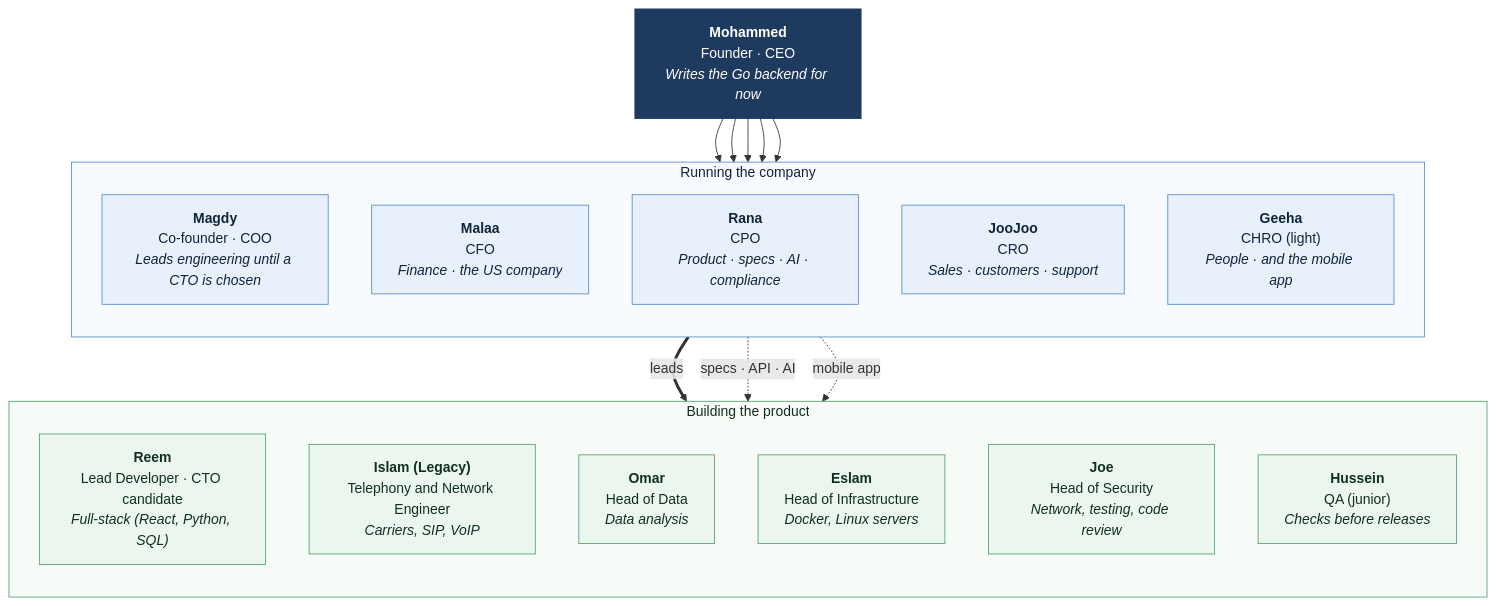
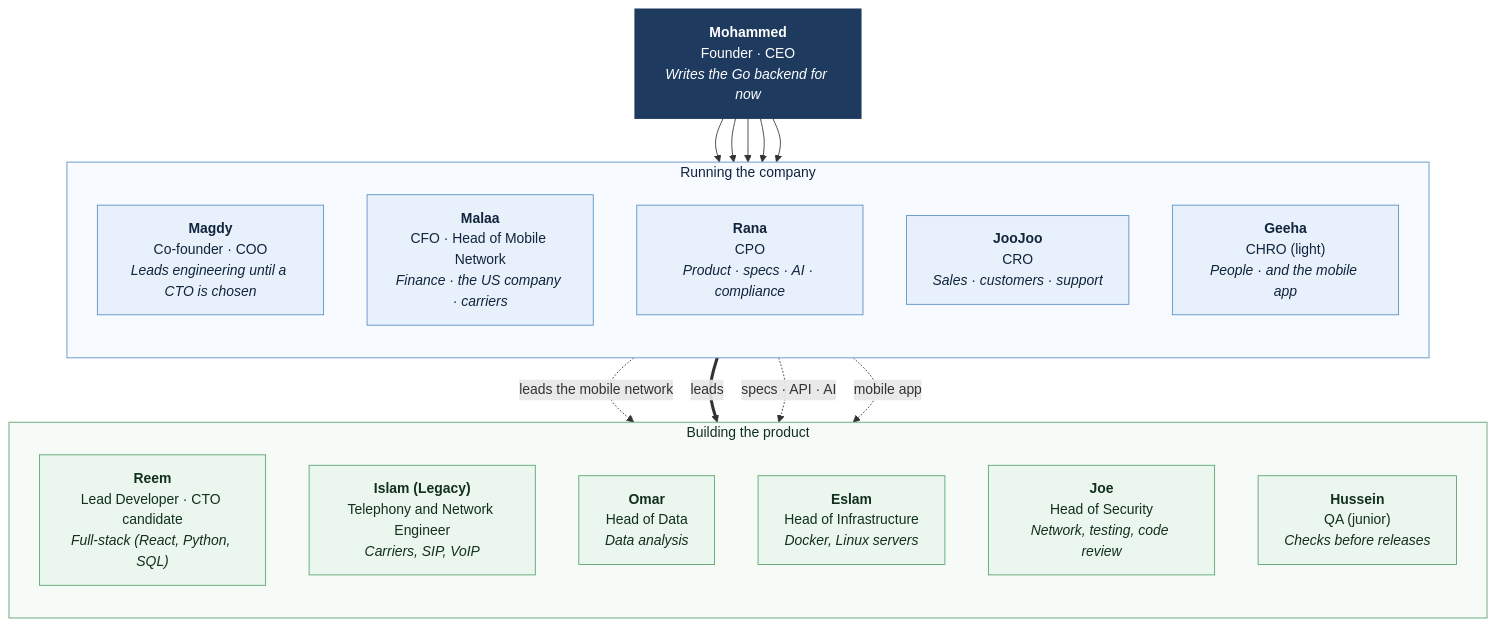
One commit to Mohammed-HeshamMohammed/Turf changed the first of 5 diagrams in docs/team/README.md. Above: the diagram before and after it, drawn with Mermaid. The commit also changed other lines of this file and 1 other file, not shown here.

Commit message:
Team: Malaa also heads the mobile network

````diff
--- a/docs/team/README.md
+++ b/docs/team/README.md
@@ -25,38 +25,39 @@
 ```mermaid
 flowchart TB
     CEO["<b>Mohammed</b><br/>Founder · CEO<br/><i>Writes the Go backend for now</i>"]
 
     subgraph COMPANY["Running the company"]
         direction TB
         COO["<b>Magdy</b><br/>Co-founder · COO<br/><i>Leads engineering until a CTO is chosen</i>"]
-        CFO["<b>Malaa</b><br/>CFO<br/><i>Finance · the US company</i>"]
+        CFO["<b>Malaa</b><br/>CFO · Head of Mobile Network<br/><i>Finance · the US company · carriers</i>"]
         CPO["<b>Rana</b><br/>CPO<br/><i>Product · specs · AI · compliance</i>"]
         CRO["<b>JooJoo</b><br/>CRO<br/><i>Sales · customers · support</i>"]
         CHRO["<b>Geeha</b><br/>CHRO (light)<br/><i>People · and the mobile app</i>"]
     end
 
     subgraph BUILD["Building the product"]
         direction TB
         ENG["<b>Reem</b><br/>Lead Developer · CTO candidate<br/><i>Full-stack (React, Python, SQL)</i>"]
         TEL["<b>Islam (Legacy)</b><br/>Telephony and Network Engineer<br/><i>Carriers, SIP, VoIP</i>"]
         DATA["<b>Omar</b><br/>Head of Data<br/><i>Data analysis</i>"]
         OPS["<b>Eslam</b><br/>Head of Infrastructure<br/><i>Docker, Linux servers</i>"]
         SEC["<b>Joe</b><br/>Head of Security<br/><i>Network, testing, code review</i>"]
         QA["<b>Hussein</b><br/>QA (junior)<br/><i>Checks before releases</i>"]
     end
 
     CEO --> COO & CFO & CPO & CRO & CHRO
     COO == "leads" ==> BUILD
 
     CPO -. "specs · API · AI" .-> BUILD
     CHRO -. "mobile app" .-> BUILD
+    CFO -. "leads the mobile network" .-> TEL
 
     classDef top fill:#1f3a5f,stroke:#1f3a5f,color:#ffffff
     classDef company fill:#e8f1fb,stroke:#5b8fc7,color:#10243d
     classDef build fill:#eaf6ee,stroke:#5aa36f,color:#12301c
     class CEO top
     class COO,CFO,CPO,CRO,CHRO company
     class ENG,TEL,DATA,OPS,SEC,QA build
     style COMPANY fill:#f7faff,stroke:#5b8fc7,color:#10243d
     style BUILD fill:#f6fbf7,stroke:#5aa36f,color:#12301c
 ```
````
